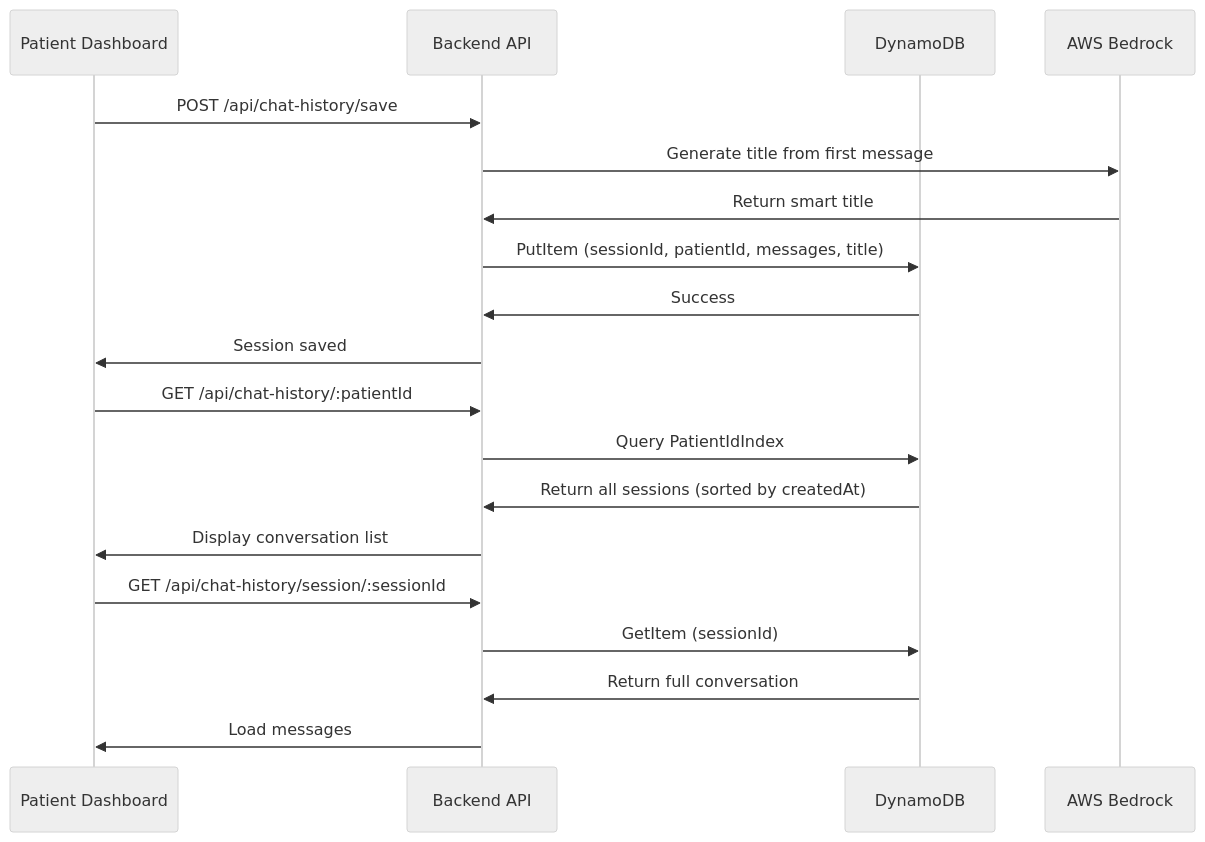
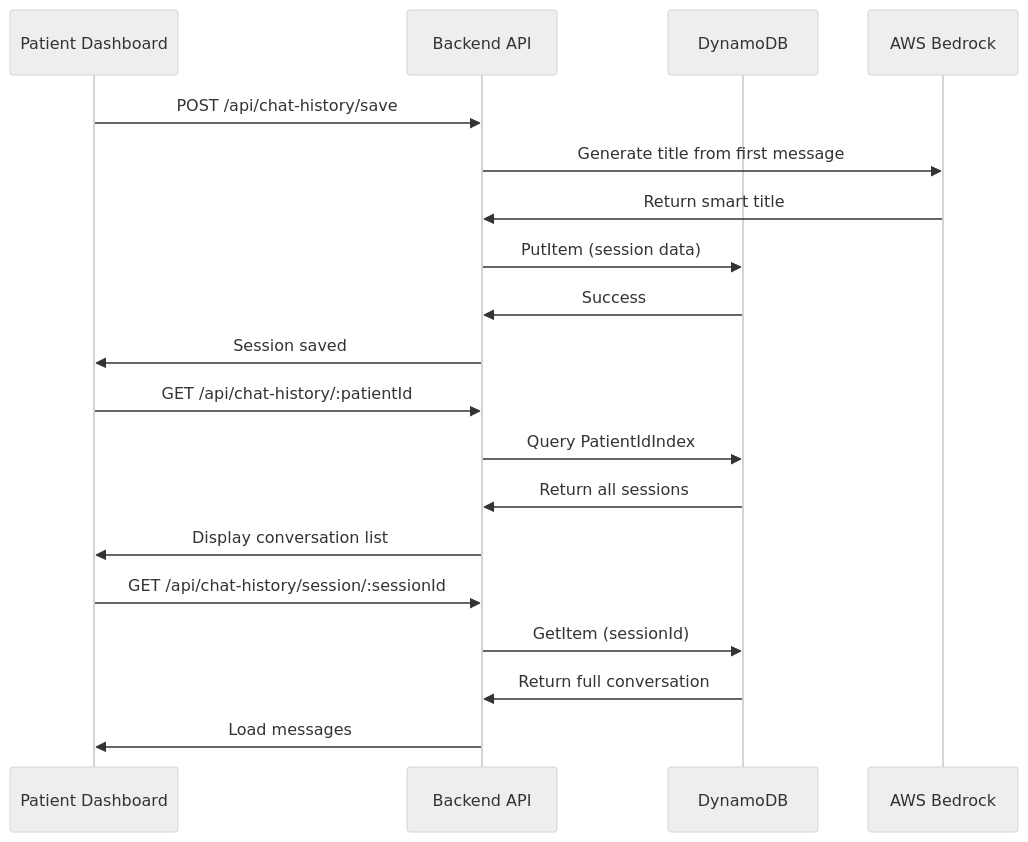
Before and after one commit to huiguys/civicmind-health-ai: the eighth of 8 diagrams in ARCHITECTURE.md, drawn with Mermaid (neutral theme). The commit also changed other lines of this file, not shown here.

First line of the commit message:
Streamline ARCHITECTURE.md - remove verbose code, keep visual diagrams

````diff
--- a/ARCHITECTURE.md
+++ b/ARCHITECTURE.md
@@ -1526,24 +481,24 @@
 ```mermaid
 sequenceDiagram
     participant UI as Patient Dashboard
     participant API as Backend API
     participant DDB as DynamoDB
     participant AI as AWS Bedrock
 
     UI->>API: POST /api/chat-history/save
     API->>AI: Generate title from first message
     AI->>API: Return smart title
-    API->>DDB: PutItem (sessionId, patientId, messages, title)
+    API->>DDB: PutItem (session data)
     DDB->>API: Success
     API->>UI: Session saved
 
     UI->>API: GET /api/chat-history/:patientId
     API->>DDB: Query PatientIdIndex
-    DDB->>API: Return all sessions (sorted by createdAt)
+    DDB->>API: Return all sessions
     API->>UI: Display conversation list
 
     UI->>API: GET /api/chat-history/session/:sessionId
     API->>DDB: GetItem (sessionId)
     DDB->>API: Return full conversation
     API->>UI: Load messages
 ```
````
